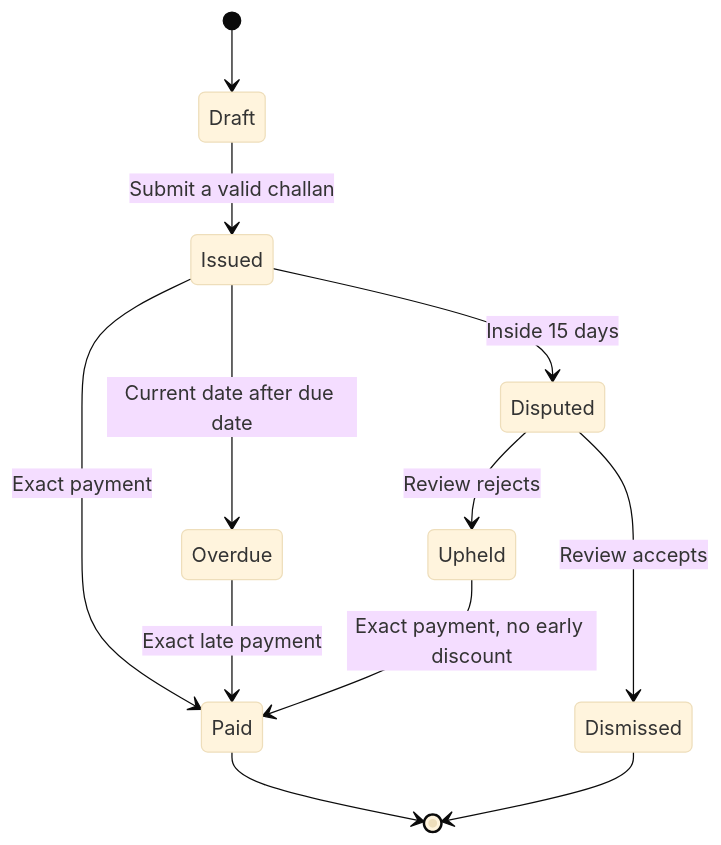
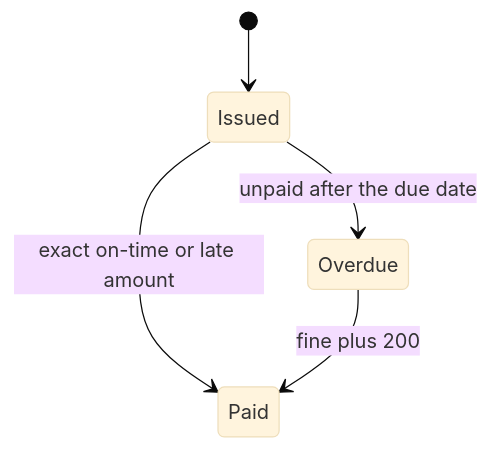
The diagram in 02_Test_Case_Design/State_Transition.md (mrsahiljaiswal/Software-Testing-Portfolio), drawn with Mermaid (base theme) before and after one commit. The commit also changed other lines of this file and 27 other files, not shown here.

````diff
--- a/02_Test_Case_Design/State_Transition.md
+++ b/02_Test_Case_Design/State_Transition.md
@@ -11,14 +23,7 @@
 ```mermaid
 stateDiagram-v2
-    [*] --> Draft
-    Draft --> Issued: Submit a valid challan
-    Issued --> Paid: Exact payment
-    Issued --> Disputed: Inside 15 days
-    Issued --> Overdue: Current date after due date
-    Overdue --> Paid: Exact late payment
-    Disputed --> Dismissed: Review accepts
-    Disputed --> Upheld: Review rejects
-    Upheld --> Paid: Exact payment, no early discount
-    Paid --> [*]
-    Dismissed --> [*]
+    [*] --> Issued
+    Issued --> Paid: exact on-time or late amount
+    Issued --> Overdue: unpaid after the due date
+    Overdue --> Paid: fine plus 200
 ```
````
